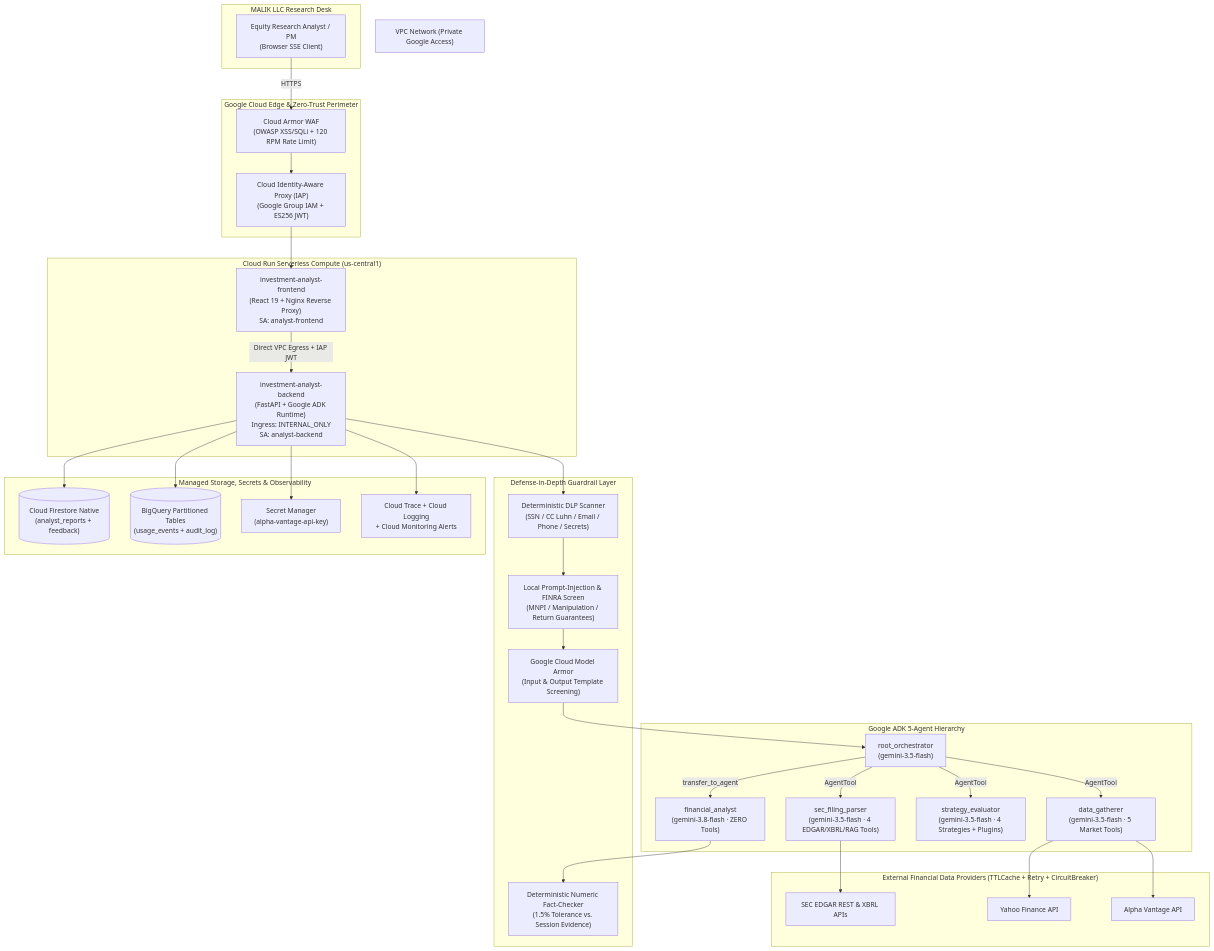
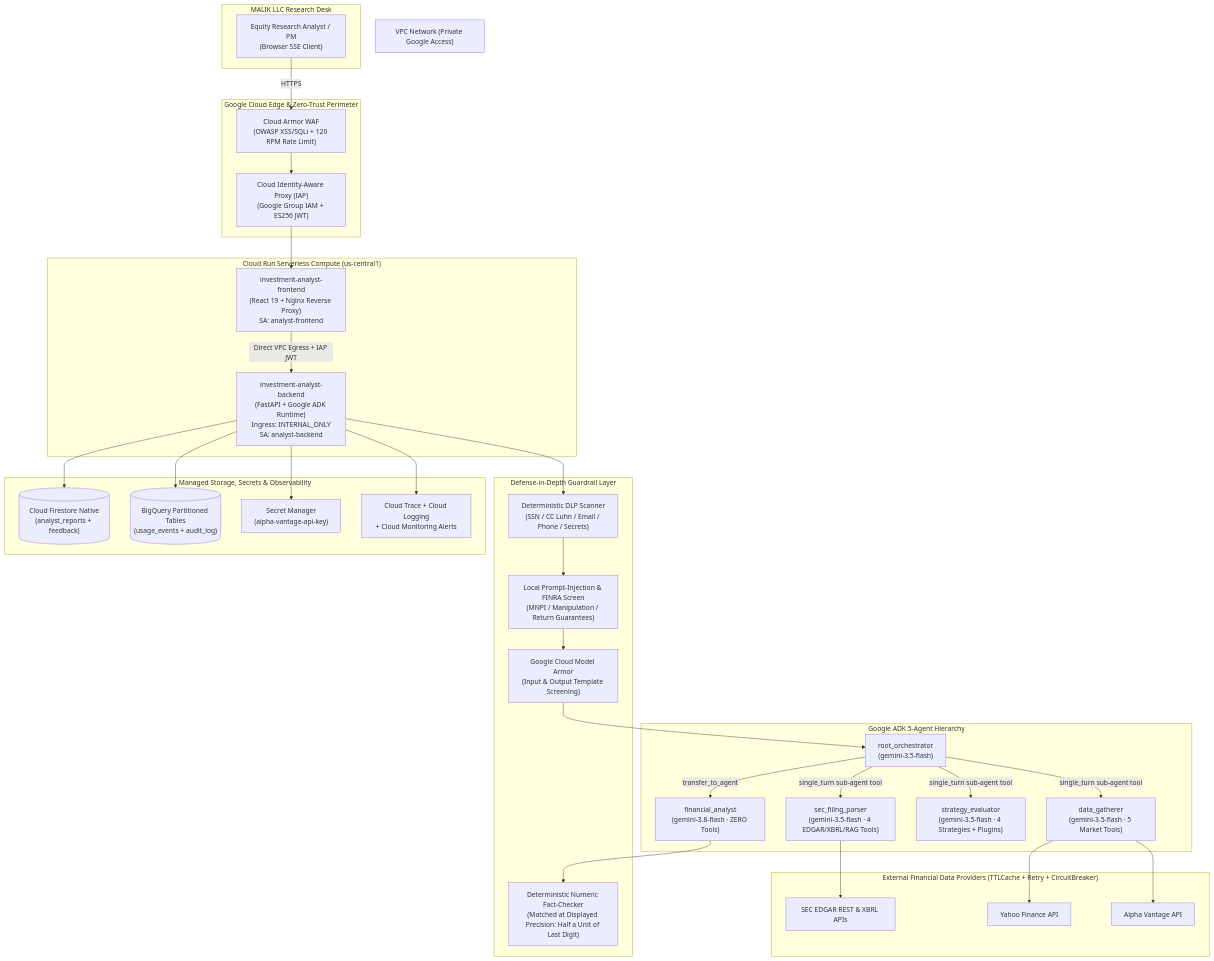
Before and after one commit to usaidhmalik-google/investment-analyst: the first of 5 diagrams in docs/ARCHITECTURE.md, drawn with Mermaid. The commit also changed other lines of this file and 10 other files, not shown here.

````diff
--- a/docs/ARCHITECTURE.md
+++ b/docs/ARCHITECTURE.md
@@ -14,57 +14,57 @@
 ```mermaid
 flowchart TB
     subgraph Users["MALIK LLC Research Desk"]
         Analyst["Equity Research Analyst / PM\n(Browser SSE Client)"]
     end
 
     subgraph Edge["Google Cloud Edge & Zero-Trust Perimeter"]
         WAF["Cloud Armor WAF\n(OWASP XSS/SQLi + 120 RPM Rate Limit)"]
         IAP["Cloud Identity-Aware Proxy (IAP)\n(Google Group IAM + ES256 JWT)"]
     end
 
     subgraphVPC["VPC Network (Private Google Access)"]
     subgraph CloudRun["Cloud Run Serverless Compute (us-central1)"]
         FE["investment-analyst-frontend\n(React 19 + Nginx Reverse Proxy)\nSA: analyst-frontend"]
         BE["investment-analyst-backend\n(FastAPI + Google ADK Runtime)\nIngress: INTERNAL_ONLY\nSA: analyst-backend"]
     end
 
     subgraph Guardrails["Defense-in-Depth Guardrail Layer"]
         DLP["Deterministic DLP Scanner\n(SSN / CC Luhn / Email / Phone / Secrets)"]
         RegexScreen["Local Prompt-Injection & FINRA Screen\n(MNPI / Manipulation / Return Guarantees)"]
         Armor["Google Cloud Model Armor\n(Input & Output Template Screening)"]
-        FactCheck["Deterministic Numeric Fact-Checker\n(1.5% Tolerance vs. Session Evidence)"]
+        FactCheck["Deterministic Numeric Fact-Checker\n(Matched at Displayed Precision: Half a Unit of Last Digit)"]
     end
 
     subgraph ADK["Google ADK 5-Agent Hierarchy"]
         Orch["root_orchestrator\n(gemini-3.5-flash)"]
         DG["data_gatherer\n(gemini-3.5-flash · 5 Market Tools)"]
         SEC["sec_filing_parser\n(gemini-3.5-flash · 4 EDGAR/XBRL/RAG Tools)"]
         SE["strategy_evaluator\n(gemini-3.5-flash · 4 Strategies + Plugins)"]
         FA["financial_analyst\n(gemini-3.8-flash · ZERO Tools)"]
     end
 
     subgraph Data["Managed Storage, Secrets & Observability"]
         FS[("Cloud Firestore Native\n(analyst_reports + feedback)")]
         BQ[("BigQuery Partitioned Tables\n(usage_events + audit_log)")]
         SM["Secret Manager\n(alpha-vantage-api-key)"]
         Otel["Cloud Trace + Cloud Logging\n+ Cloud Monitoring Alerts"]
     end
 
     subgraph External["External Financial Data Providers (TTLCache + Retry + CircuitBreaker)"]
         EDGAR["SEC EDGAR REST & XBRL APIs"]
         YF["Yahoo Finance API"]
         AV["Alpha Vantage API"]
     end
 
     Analyst -->|HTTPS| WAF --> IAP --> FE
     FE -->|Direct VPC Egress + IAP JWT| BE
     BE --> DLP --> RegexScreen --> Armor --> Orch
-    Orch -->|AgentTool| DG
-    Orch -->|AgentTool| SEC
-    Orch -->|AgentTool| SE
+    Orch -->|single_turn sub-agent tool| DG
+    Orch -->|single_turn sub-agent tool| SEC
+    Orch -->|single_turn sub-agent tool| SE
     Orch -->|transfer_to_agent| FA
     FA --> FactCheck
     DG --> YF & AV
     SEC --> EDGAR
     BE --> FS & BQ & SM & Otel
 ```
````
